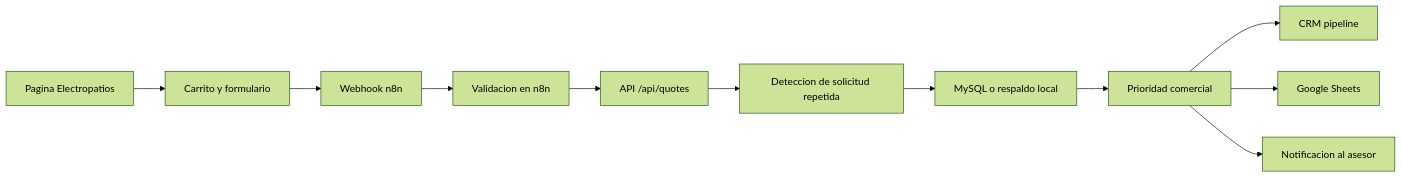
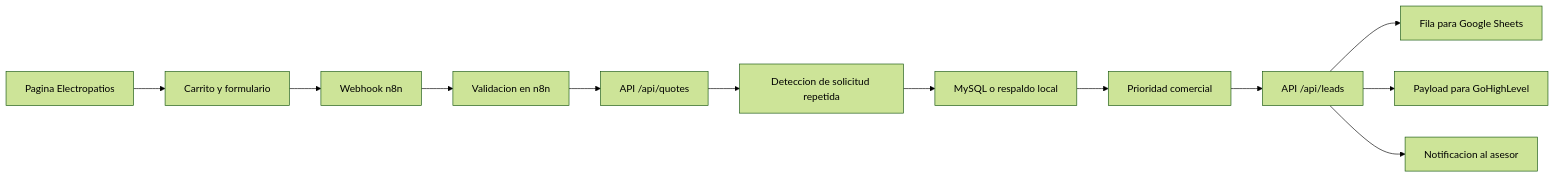
The diagram in README.md (deyson24ivan/electropatios-quote-system), drawn with Mermaid (forest theme) before and after one commit. The commit also changed other lines of this file and 12 other files, not shown here.

Commit message:
Add lead automation flow

````diff
--- a/README.md
+++ b/README.md
@@ -104,13 +117,14 @@
 ```mermaid
 flowchart LR
   A["Pagina Electropatios"] --> B["Carrito y formulario"]
   B --> C["Webhook n8n"]
   C --> D["Validacion en n8n"]
   D --> E["API /api/quotes"]
   E --> F["Deteccion de solicitud repetida"]
   F --> G["MySQL o respaldo local"]
   G --> H["Prioridad comercial"]
-  H --> I["CRM pipeline"]
-  H --> J["Google Sheets"]
-  H --> K["Notificacion al asesor"]
+  H --> I["API /api/leads"]
+  I --> J["Fila para Google Sheets"]
+  I --> K["Payload para GoHighLevel"]
+  I --> L["Notificacion al asesor"]
 ```
````
